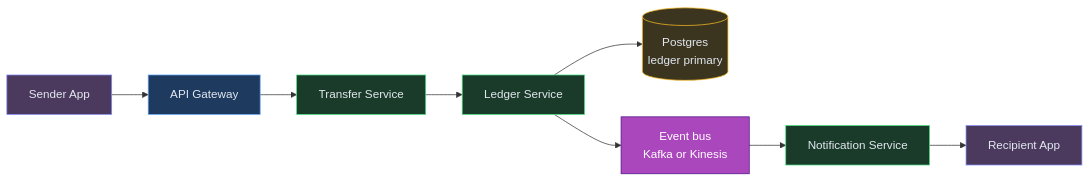
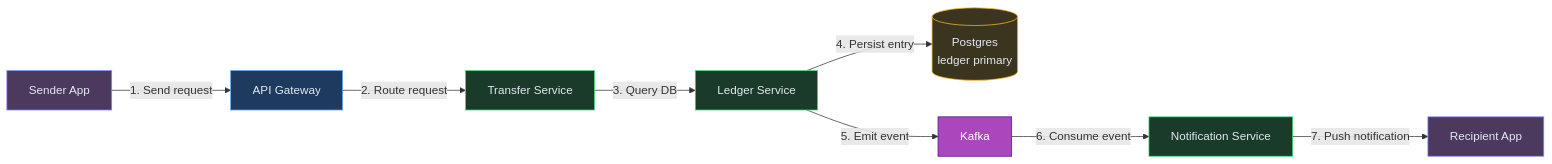
Before and after one commit to iluzn/HLD-Designs: the fourth of 10 diagrams in content/hld/DigitalWallet.md, drawn with Mermaid. The commit also changed other lines of this file and 27 other files, not shown here.

````diff
--- a/content/hld/DigitalWallet.md
+++ b/content/hld/DigitalWallet.md
@@ -327,25 +327,25 @@
 ```mermaid
 flowchart LR
     APP["Sender App"]:::client
     GW["API Gateway"]:::edge
     TS["Transfer Service"]:::service
     L["Ledger Service"]:::service
     DB[("Postgres<br/>ledger primary")]:::data
-    K["Event bus<br/>Kafka or Kinesis"]:::async
+    K["Kafka"]:::async
     NOTIF["Notification Service"]:::service
     RCV["Recipient App"]:::client
 
-    APP --> GW
-    GW --> TS
-    TS --> L
-    L --> DB
-    L --> K
-    K --> NOTIF
-    NOTIF --> RCV
+    APP -->|"1. Send request"| GW
+    GW -->|"2. Route request"| TS
+    TS -->|"3. Query DB"| L
+    L -->|"4. Persist entry"| DB
+    L -->|"5. Emit event"| K
+    K -->|"6. Consume event"| NOTIF
+    NOTIF -->|"7. Push notification"| RCV
 
     classDef client fill:#4c3a5e,stroke:#818cf8,color:#e2e8f0
     classDef edge fill:#1e3a5f,stroke:#60a5fa,color:#e2e8f0
     classDef service fill:#1a3a2a,stroke:#4ade80,color:#e2e8f0
     classDef async fill:#AB47BC,stroke:#4A148C,color:#fff
     classDef data fill:#3b3520,stroke:#fbbf24,color:#e2e8f0
 ```
````
